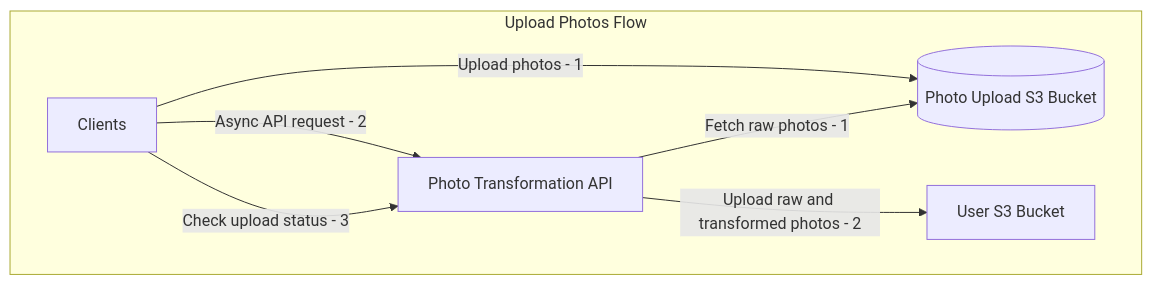
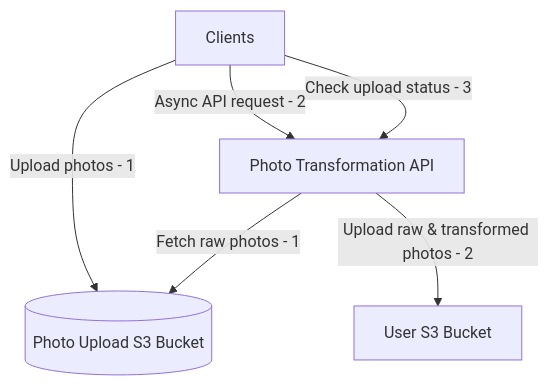
One commit to cheshire-games/cheshire changed the diagram in README.md. Above: the diagram before and after it, drawn with Mermaid. The commit also changed 20 other files, not shown here.

````diff
--- a/README.md
+++ b/README.md
@@ -6,10 +6,8 @@
 ```mermaid
 flowchart TB
-    subgraph "Upload Photos Flow"
-        CLIENTS[Clients] --> |Upload photos - 1| PHOTO_BUCKET[(Photo Upload S3 Bucket)]
-        CLIENTS --> |Async API request - 2| PHOTO_TRANSFORMER[Photo Transformation API]
-        PHOTO_TRANSFORMER --> |Fetch raw photos - 1| PHOTO_BUCKET
-        PHOTO_TRANSFORMER --> |Upload raw and transformed photos - 2| USER_BUCKET[User S3 Bucket]
-        CLIENTS --> |Check upload status - 3| PHOTO_TRANSFORMER
-    end
+    CLIENTS[Clients] --> |Upload photos - 1| PHOTO_BUCKET[(Photo Upload S3 Bucket)]
+    CLIENTS --> |Async API request - 2| PHOTO_TRANSFORMER[Photo Transformation API]
+    PHOTO_TRANSFORMER --> |Fetch raw photos - 1| PHOTO_BUCKET
+    PHOTO_TRANSFORMER --> |Upload raw & transformed photos - 2| USER_BUCKET[User S3 Bucket]
+    CLIENTS --> |Check upload status - 3| PHOTO_TRANSFORMER
 ```
````
